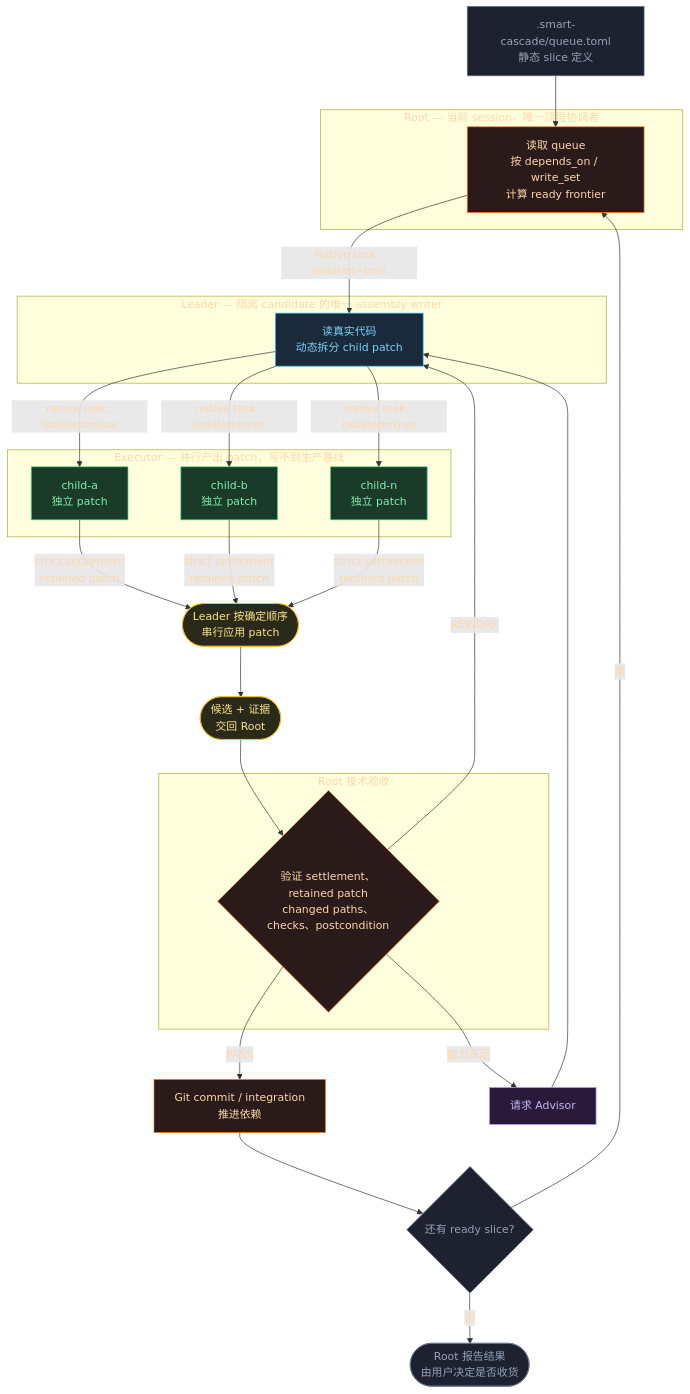
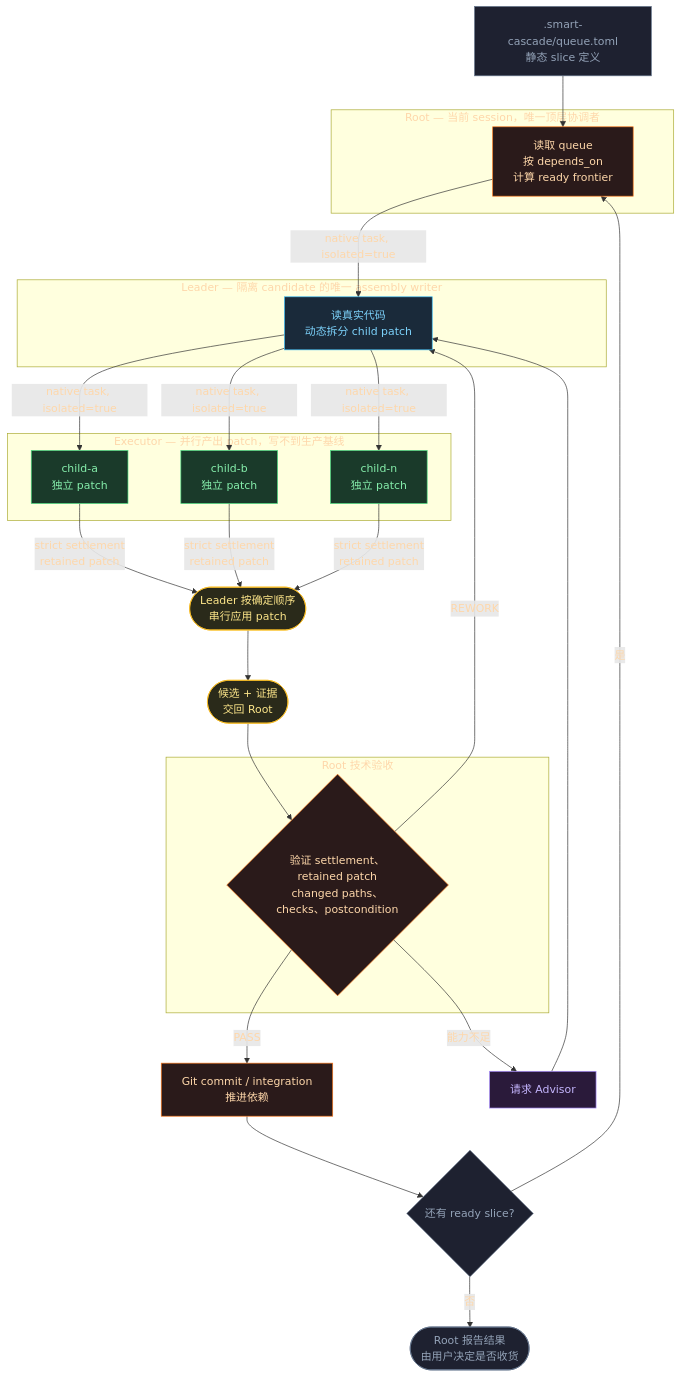
The diagram in README.md (shttty/smart-cascade), drawn with Mermaid before and after one commit. The commit also changed other lines of this file and 18 other files, not shown here.

````diff
--- a/README.md
+++ b/README.md
@@ -7,55 +7,55 @@
 ```mermaid
 flowchart TD
     QUEUE[".smart-cascade/queue.toml<br/>静态 slice 定义"] --> ROOT
 
     subgraph ROOTLAYER["Root — 当前 session，唯一顶层协调者"]
-        ROOT["读取 queue<br/>按 depends_on / write_set<br/>计算 ready frontier"]
+        ROOT["读取 queue<br/>按 depends_on<br/>计算 ready frontier"]
     end
 
     ROOT -->|"native task, isolated=true"| LEADER
 
     subgraph LEADERLAYER["Leader — 隔离 candidate 的唯一 assembly writer"]
         LEADER["读真实代码<br/>动态拆分 child patch"]
     end
 
     LEADER -->|"native task, isolated=true"| EX1 & EX2 & EX3
 
     subgraph EXLAYER["Executor — 并行产出 patch，写不到生产基线"]
         EX1["child-a<br/>独立 patch"]
         EX2["child-b<br/>独立 patch"]
         EX3["child-n<br/>独立 patch"]
     end
 
     EX1 & EX2 & EX3 -->|"strict settlement<br/>retained patch"| ASSEMBLE
 
     ASSEMBLE(["Leader 按确定顺序<br/>串行应用 patch"]) --> CANDIDATE
 
     CANDIDATE(["候选 + 证据<br/>交回 Root"]) --> VERIFY
 
     subgraph VERIFYLAYER["Root 技术验收"]
         VERIFY{"验证 settlement、retained patch<br/>changed paths、checks、postcondition"}
     end
 
     VERIFY -->|"PASS"| COMMIT["Git commit / integration<br/>推进依赖"]
     VERIFY -->|"REWORK"| LEADER
     VERIFY -->|"能力不足"| ADVISOR["请求 Advisor"]
     ADVISOR --> LEADER
 
     COMMIT --> NEXT{"还有 ready slice?"}
     NEXT -->|"是"| ROOT
     NEXT -->|"否"| DONE(["Root 报告结果<br/>由用户决定是否收货"])
 
     classDef root fill:#2a1a1a,stroke:#f97316,color:#fed7aa
     classDef leader fill:#1a2a3a,stroke:#38bdf8,color:#7dd3fc
     classDef executor fill:#1a3a2a,stroke:#4ade80,color:#86efac
     classDef advisor fill:#2a1a3a,stroke:#a78bfa,color:#c4b5fd
     classDef terminal fill:#1e2130,stroke:#64748b,color:#94a3b8
     classDef merge fill:#2a2a1a,stroke:#fbbf24,color:#fde68a
 
     class ROOT,VERIFY,COMMIT root
     class LEADER leader
     class EX1,EX2,EX3 executor
     class ADVISOR advisor
     class QUEUE,DONE,NEXT terminal
     class ASSEMBLE,CANDIDATE merge
 ```
````
